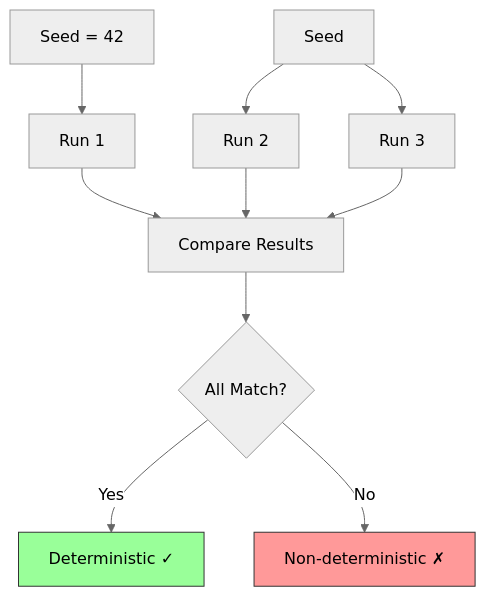
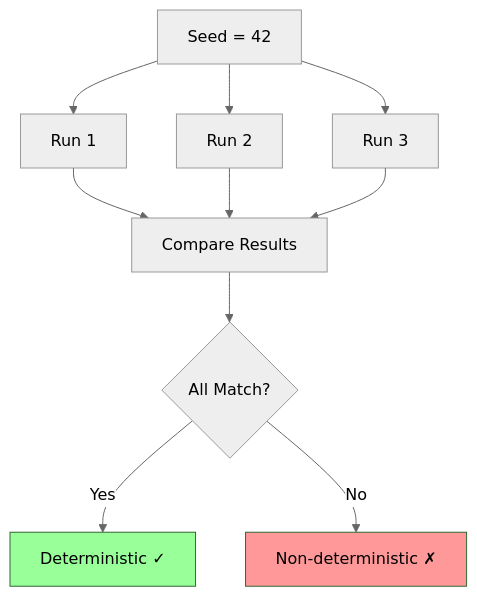
The third of 6 diagrams in plans/09-Quality/02-Validation/03-reproduction-validation.md (Evintkoo/2048-ml), drawn with Mermaid (neutral theme) before and after one commit. The commit also changed other lines of this file and 144 other files, not shown here.

````diff
--- a/plans/09-Quality/02-Validation/03-reproduction-validation.md
+++ b/plans/09-Quality/02-Validation/03-reproduction-validation.md
@@ -70,15 +70,15 @@
 ```mermaid
 graph TD
     A[Seed = 42] --> B[Run 1]
-    Seed --> C[Run 2]
-    Seed --> D[Run 3]
+    A --> C[Run 2]
+    A --> D[Run 3]
     B --> E[Compare Results]
     C --> E
     D --> E
     E --> F{All Match?}
     F -->|Yes| G[Deterministic ✓]
     F -->|No| H[Non-deterministic ✗]
     
-    style G fill:#9f9,stroke:#333
-    style H fill:#f99,stroke:#333
+    style G fill:#9f9,stroke:#363
+    style H fill:#f99,stroke:#363
 ```
````
